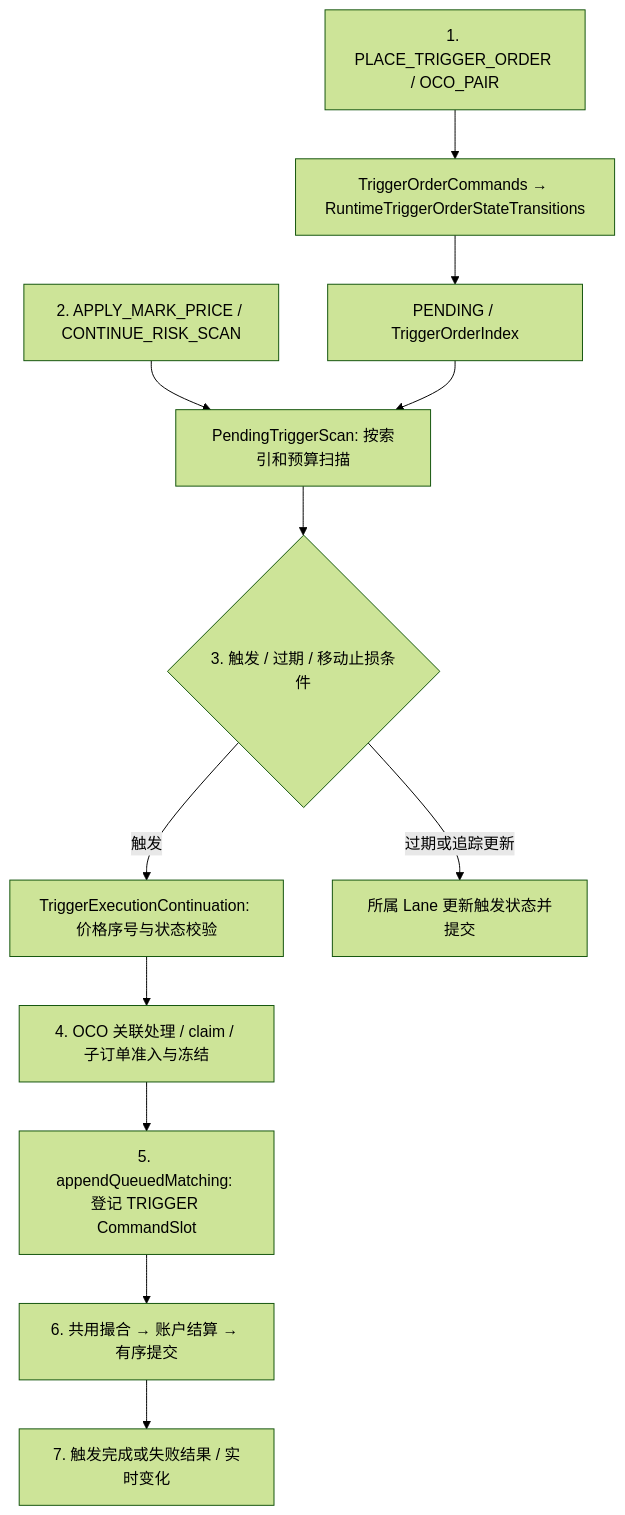
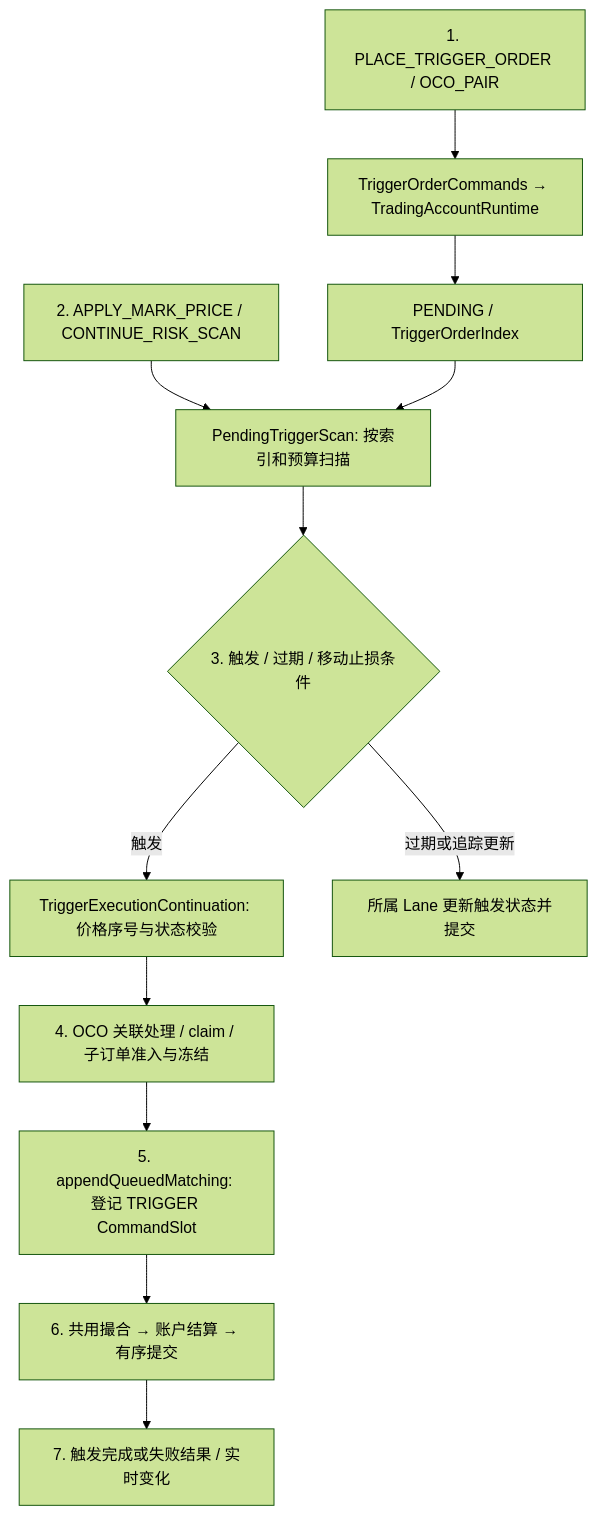
One commit to lilaizhencn/surprising-ex changed the seventh of 12 diagrams in surprising-aeron-core/README.md. Above: the diagram before and after it, drawn with Mermaid (forest theme). The commit also changed other lines of this file and 9 other files, not shown here.

````diff
--- a/surprising-aeron-core/README.md
+++ b/surprising-aeron-core/README.md
@@ -266,14 +266,14 @@
 ```mermaid
 flowchart TD
-    A[1. PLACE_TRIGGER_ORDER / OCO_PAIR] --> B[TriggerOrderCommands → RuntimeTriggerOrderStateTransitions]
+    A[1. PLACE_TRIGGER_ORDER / OCO_PAIR] --> B[TriggerOrderCommands → TradingAccountRuntime]
     B --> C[PENDING / TriggerOrderIndex]
     P[2. APPLY_MARK_PRICE / CONTINUE_RISK_SCAN] --> S[PendingTriggerScan: 按索引和预算扫描]
     C --> S
     S --> T{3. 触发 / 过期 / 移动止损条件}
     T -->|触发| E[TriggerExecutionContinuation: 价格序号与状态校验]
     E --> O[4. OCO 关联处理 / claim / 子订单准入与冻结]
     O --> Q[5. appendQueuedMatching: 登记 TRIGGER CommandSlot]
     Q --> M[6. 共用撮合 → 账户结算 → 有序提交]
     M --> R[7. 触发完成或失败结果 / 实时变化]
     T -->|过期或追踪更新| U[所属 Lane 更新触发状态并提交]
 ```
````
